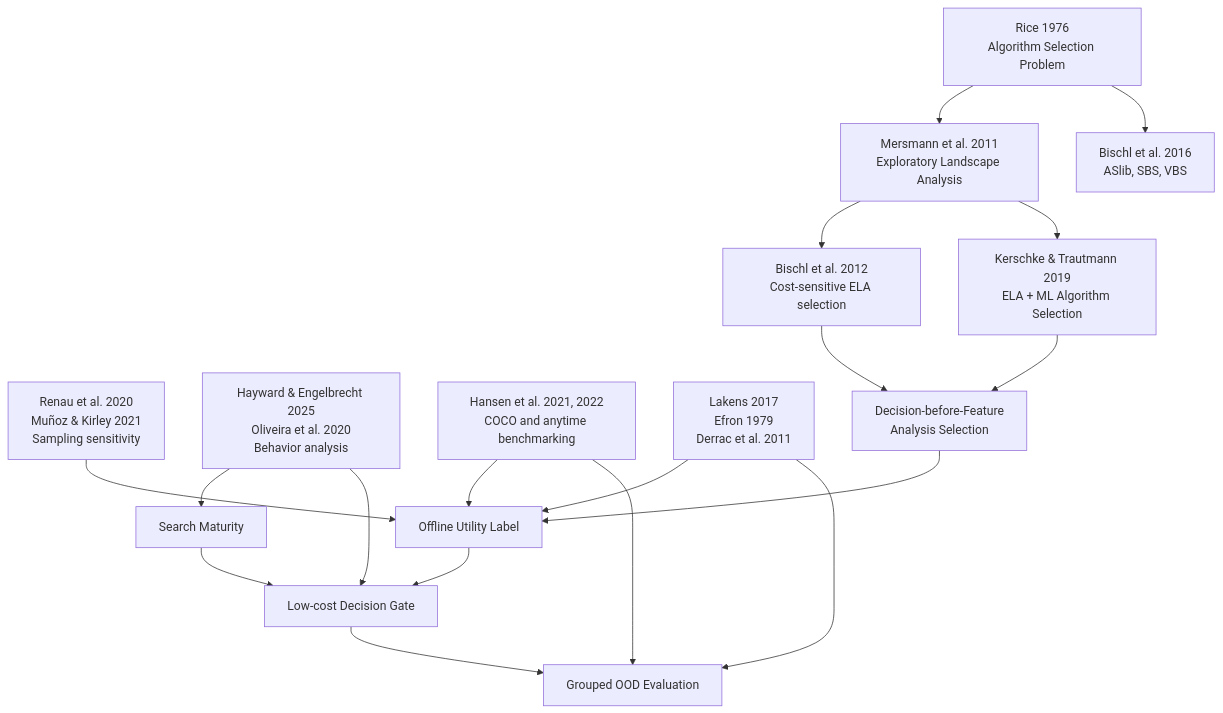
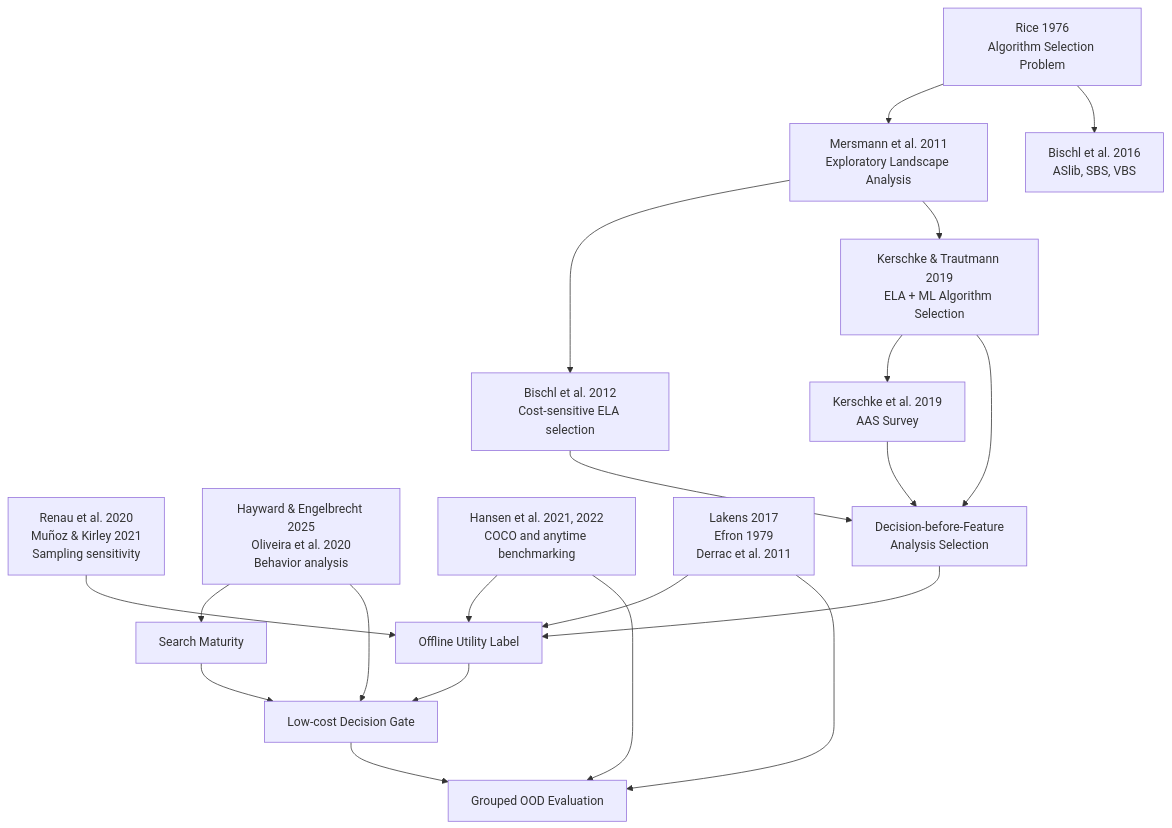
One commit to CHENTHIRTEEN/Decision-before-Feature changed the diagram in docs/00_master/Decision-before-Feature_科学结论公式与引用关系核对.md. Above: the diagram before and after it, drawn with Mermaid. The commit also changed other lines of this file and 8 other files, not shown here.

````diff
--- a/docs/00_master/Decision-before-Feature_科学结论公式与引用关系核对.md
+++ b/docs/00_master/Decision-before-Feature_科学结论公式与引用关系核对.md
@@ -43,35 +43,38 @@
 ```mermaid
 flowchart TD
     RICE[Rice 1976<br/>Algorithm Selection Problem]
     ELA[Mersmann et al. 2011<br/>Exploratory Landscape Analysis]
     COST[Bischl et al. 2012<br/>Cost-sensitive ELA selection]
     AAS[Kerschke & Trautmann 2019<br/>ELA + ML Algorithm Selection]
+    SURVEY[Kerschke et al. 2019<br/>AAS Survey]
     ASLIB[Bischl et al. 2016<br/>ASlib, SBS, VBS]
     SAMPLE[Renau et al. 2020<br/>Muñoz & Kirley 2021<br/>Sampling sensitivity]
     BEHAV[Hayward & Engelbrecht 2025<br/>Oliveira et al. 2020<br/>Behavior analysis]
     BENCH[Hansen et al. 2021, 2022<br/>COCO and anytime benchmarking]
     STATS[Lakens 2017<br/>Efron 1979<br/>Derrac et al. 2011]
     DBF[Decision-before-Feature<br/>Analysis Selection]
     UTILITY[Offline Utility Label]
     MATURITY[Search Maturity]
     GATE[Low-cost Decision Gate]
     OOD[Grouped OOD Evaluation]
 
     RICE --> ELA
     RICE --> ASLIB
     ELA --> COST
     ELA --> AAS
+    AAS --> SURVEY
     COST --> DBF
     AAS --> DBF
+    SURVEY --> DBF
     SAMPLE --> UTILITY
     BEHAV --> MATURITY
     BEHAV --> GATE
     BENCH --> UTILITY
     BENCH --> OOD
     STATS --> UTILITY
     STATS --> OOD
     DBF --> UTILITY
     UTILITY --> GATE
     MATURITY --> GATE
     GATE --> OOD
 ```
````
